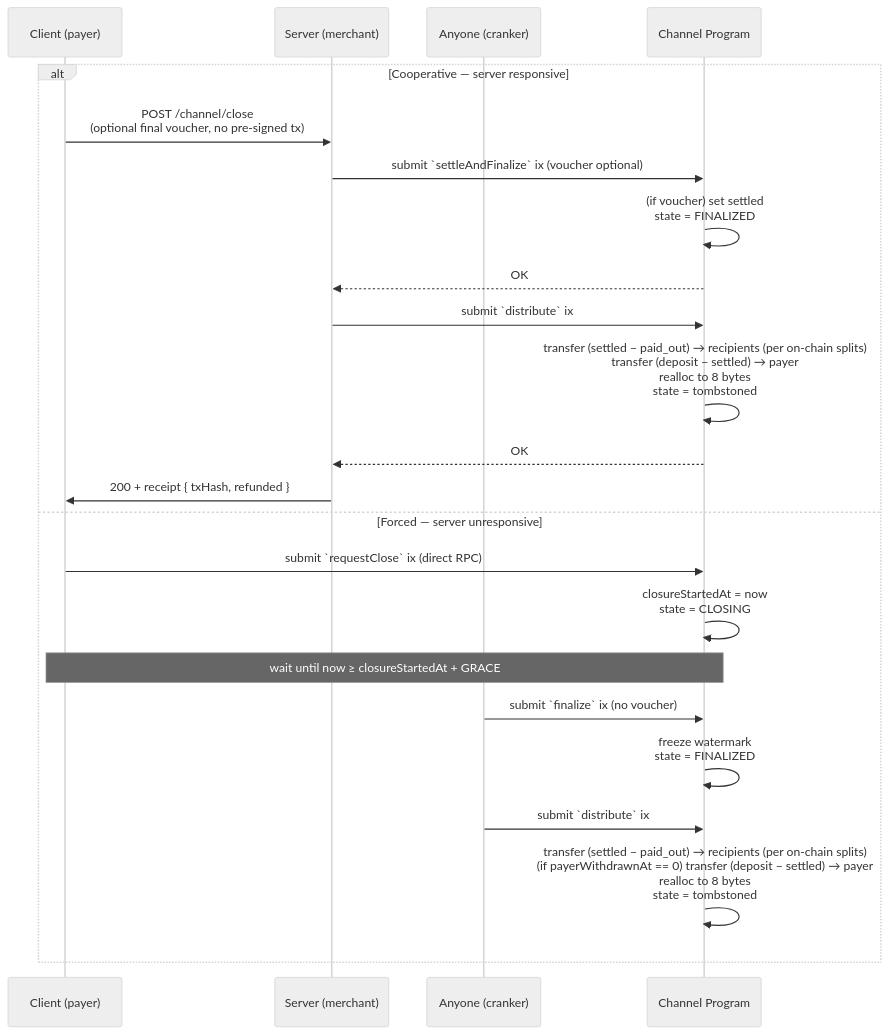
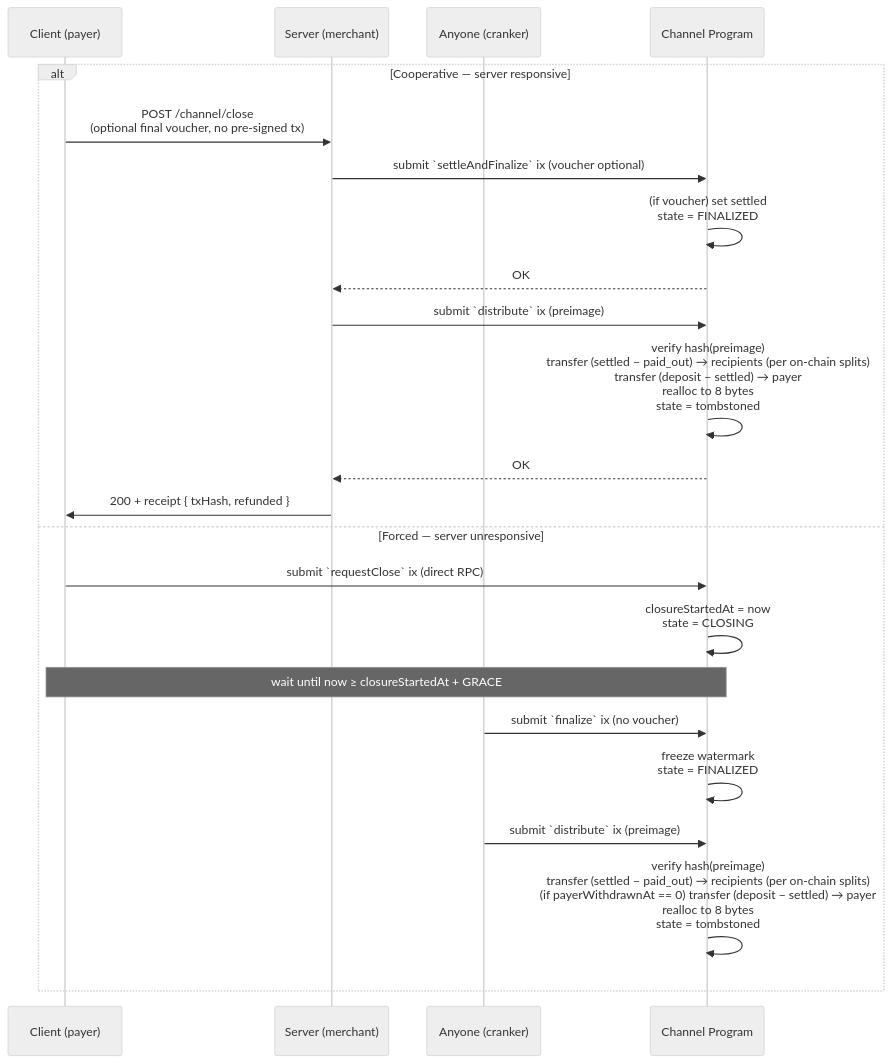
The second of 2 diagrams in docs/002-http-protocol.md (solana-foundation/payment-channels), drawn with Mermaid (neutral theme) before and after one commit. The commit also changed other lines of this file, not shown here.

Commit message:
put back pre-image check on distribute

````diff
--- a/docs/002-http-protocol.md
+++ b/docs/002-http-protocol.md
@@ -144,30 +144,30 @@
 ```mermaid
 sequenceDiagram
     participant C as Client (payer)
     participant S as Server (merchant)
     participant A as Anyone (cranker)
     participant P as Channel Program
 
     alt Cooperative — server responsive
         C->>S: POST /channel/close<br/>(optional final voucher, no pre-signed tx)
         S->>P: submit `settleAndFinalize` ix (voucher optional)
         P->>P: (if voucher) set settled<br/>state = FINALIZED
         P-->>S: OK
 
-        S->>P: submit `distribute` ix
-        P->>P: transfer (settled − paid_out) → recipients (per on-chain splits)<br/>transfer (deposit − settled) → payer<br/>realloc to 8 bytes<br/>state = tombstoned
+        S->>P: submit `distribute` ix (preimage)
+        P->>P: verify hash(preimage)<br/>transfer (settled − paid_out) → recipients (per on-chain splits)<br/>transfer (deposit − settled) → payer<br/>realloc to 8 bytes<br/>state = tombstoned
         P-->>S: OK
         S->>C: 200 + receipt { txHash, refunded }
     else Forced — server unresponsive
         C->>P: submit `requestClose` ix (direct RPC)
         P->>P: closureStartedAt = now<br/>state = CLOSING
 
         Note over C,P: wait until now ≥ closureStartedAt + GRACE
 
         A->>P: submit `finalize` ix (no voucher)
         P->>P: freeze watermark<br/>state = FINALIZED
 
-        A->>P: submit `distribute` ix
-        P->>P: transfer (settled − paid_out) → recipients (per on-chain splits)<br/>(if payerWithdrawnAt == 0) transfer (deposit − settled) → payer<br/>realloc to 8 bytes<br/>state = tombstoned
+        A->>P: submit `distribute` ix (preimage)
+        P->>P: verify hash(preimage)<br/>transfer (settled − paid_out) → recipients (per on-chain splits)<br/>(if payerWithdrawnAt == 0) transfer (deposit − settled) → payer<br/>realloc to 8 bytes<br/>state = tombstoned
     end
 ```
````
